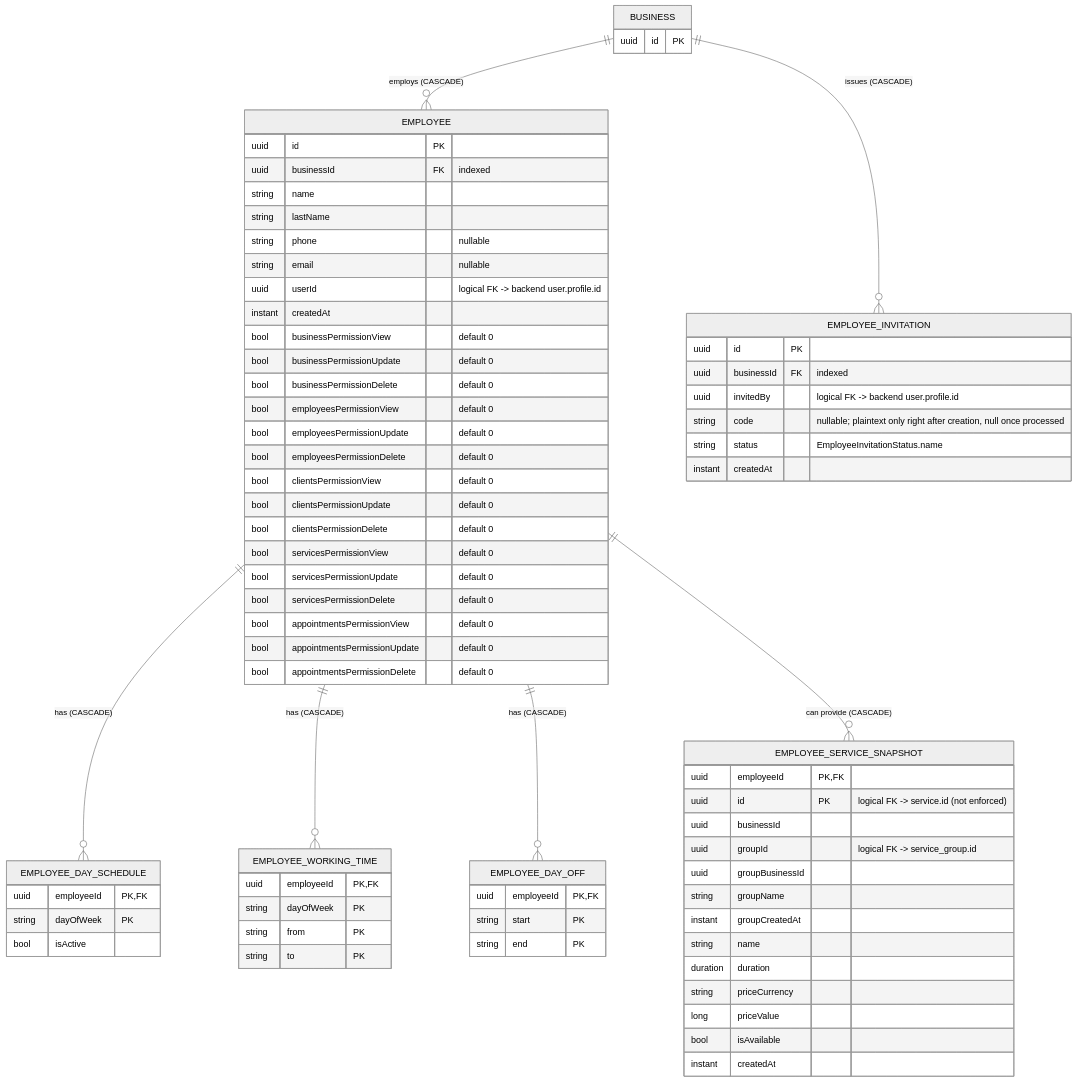
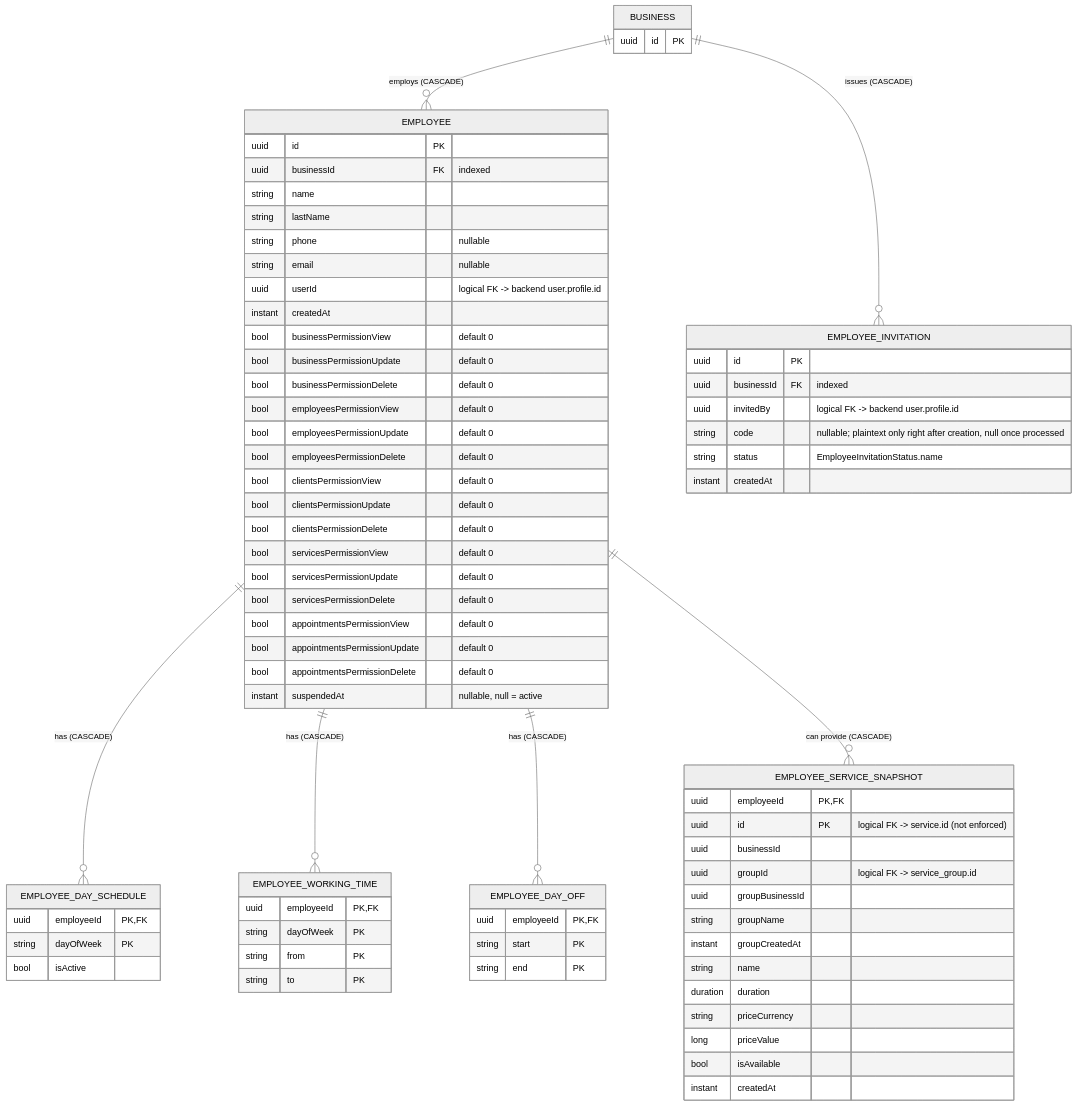
Before and after one commit to nocturneproperties/bookkme-client: the diagram in docs/database/employees.md, drawn with Mermaid (neutral theme). The commit also changed other lines of this file and 79 other files, not shown here.

```diff
--- a/docs/database/employees.md
+++ b/docs/database/employees.md
@@ -42,6 +42,7 @@
         bool appointmentsPermissionView "default 0"
         bool appointmentsPermissionUpdate "default 0"
         bool appointmentsPermissionDelete "default 0"
+        instant suspendedAt "nullable, null = active"
     }
 
     EMPLOYEE_DAY_SCHEDULE {
```
